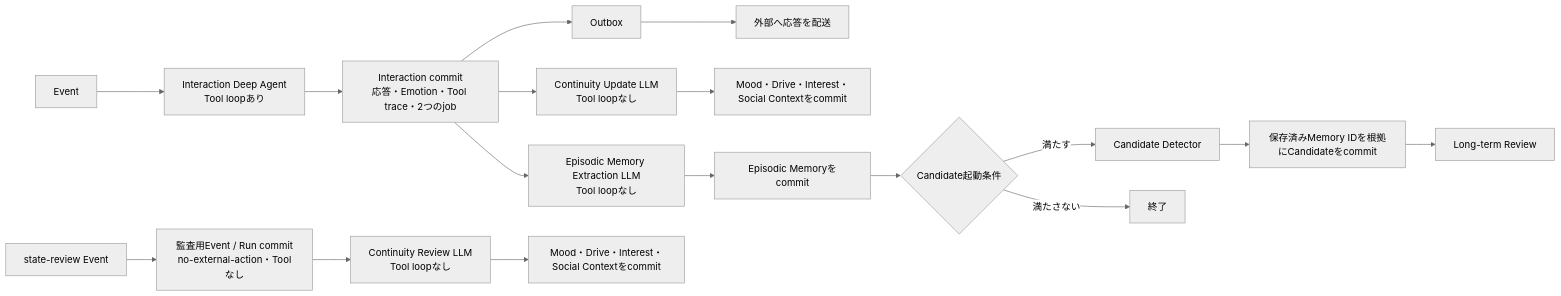
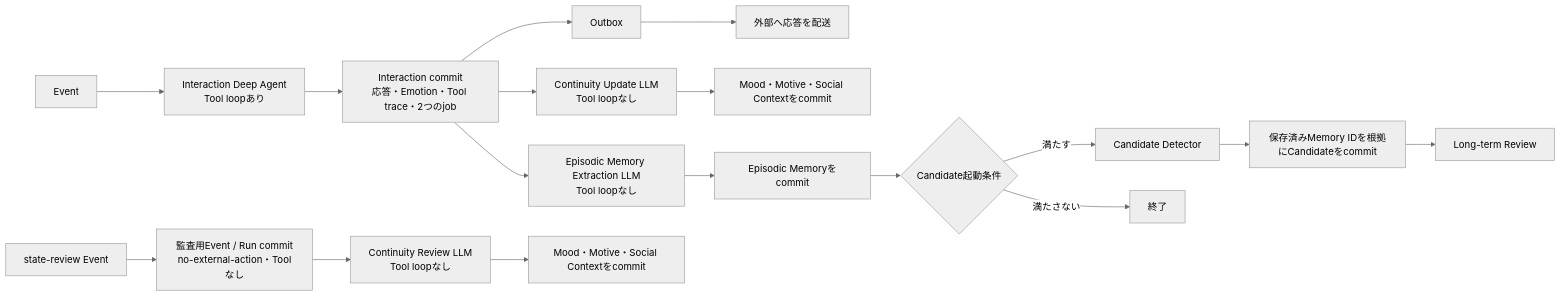
One commit to if001/social_agent changed the third of 4 diagrams in docs/ARCHITECTURE.md. Above: the diagram before and after it, drawn with Mermaid (neutral theme). The commit also changed other lines of this file and 47 other files, not shown here.

````diff
--- a/docs/ARCHITECTURE.md
+++ b/docs/ARCHITECTURE.md
@@ -253,20 +253,20 @@
 ```mermaid
 flowchart LR
     E[Event] --> I[Interaction Deep Agent<br/>Tool loopあり]
     I --> C[Interaction commit<br/>応答・Emotion・Tool trace・2つのjob]
     C --> O[Outbox]
     O --> Q[外部へ応答を配送]
     C --> U[Continuity Update LLM<br/>Tool loopなし]
     C --> M[Episodic Memory Extraction LLM<br/>Tool loopなし]
-    U --> US[Mood・Drive・Interest・Social Contextをcommit]
+    U --> US[Mood・Motive・Social Contextをcommit]
     M --> MS[Episodic Memoryをcommit]
     MS --> G{Candidate起動条件}
     G -->|満たす| D[Candidate Detector]
     G -->|満たさない| X[終了]
     D --> DS[保存済みMemory IDを根拠にCandidateをcommit]
     DS --> R[Long-term Review]
 
     SR[state-review Event] --> SC[監査用Event / Run commit<br/>no-external-action・Toolなし]
     SC --> SU[Continuity Review LLM<br/>Tool loopなし]
-    SU --> SS[Mood・Drive・Interest・Social Contextをcommit]
+    SU --> SS[Mood・Motive・Social Contextをcommit]
 ```
````
